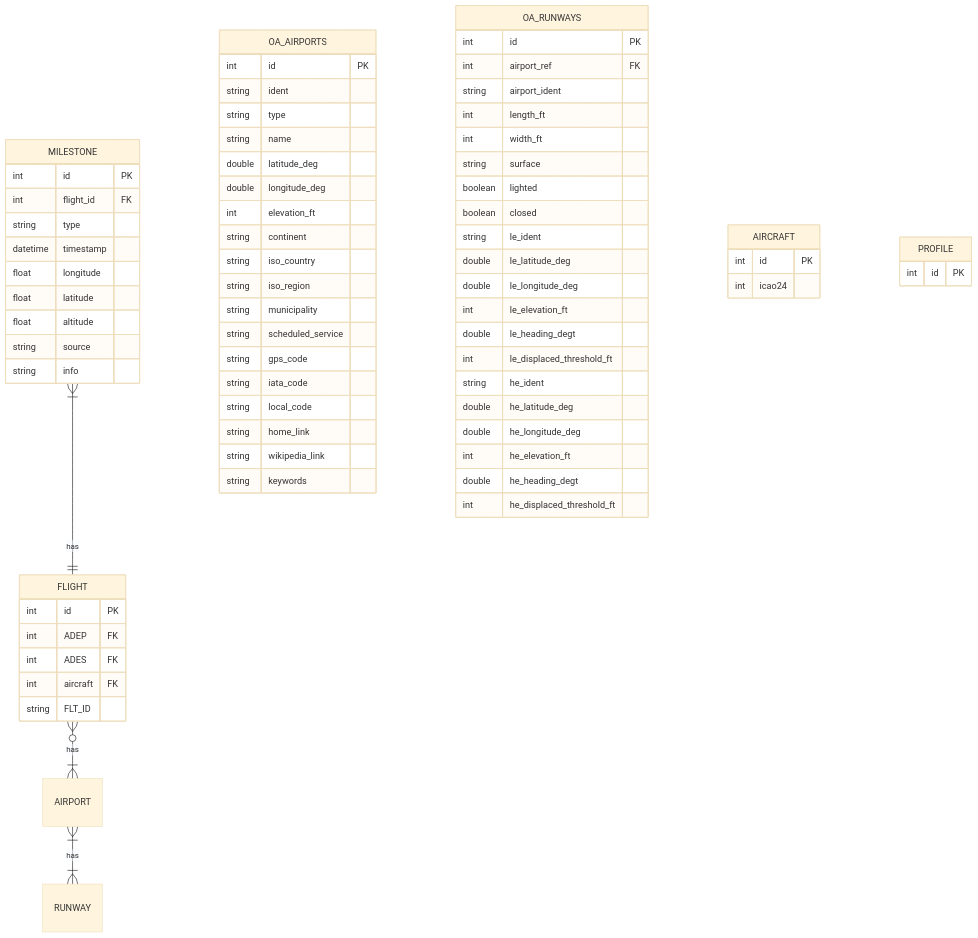
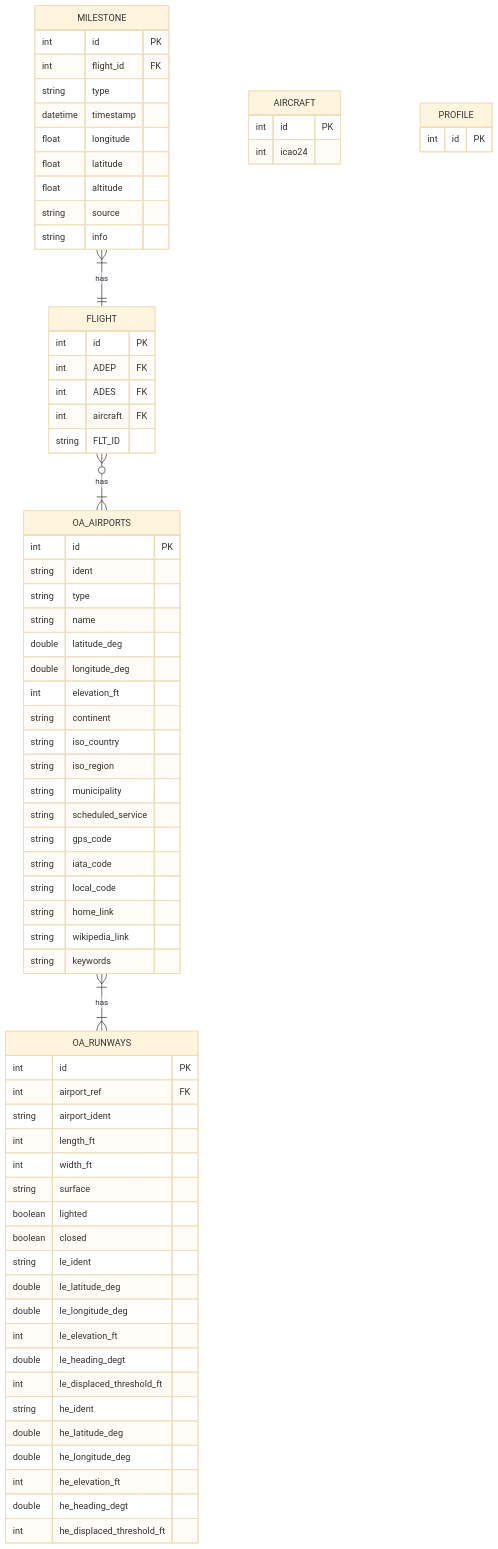
The diagram in index.qmd (euctrl-pru/flight-milestones-concepts), drawn with Mermaid (base theme) before and after one commit.

````diff
--- a/index.qmd
+++ b/index.qmd
@@ -134,78 +134,78 @@
 ```{mermaid}
 %%| label: fig-er-diagram
 %%| fig-cap: "Entity-Relationship diagram for Milestone and relevant concepts."
 
 erDiagram
     MILESTONE {
         int id PK
         int flight_id FK
         string type
         datetime timestamp
         float longitude
         float latitude
         float altitude
         string source
         string info
     }
     FLIGHT {
         int id PK
         int ADEP FK
         int ADES FK
         int aircraft FK
         string FLT_ID
     }
     OA_AIRPORTS {
         int id PK
         string ident
         string type
         string name
         double latitude_deg
         double longitude_deg
         int elevation_ft
         string continent
         string iso_country
         string iso_region
         string municipality
         string scheduled_service
         string gps_code
         string iata_code
         string local_code
         string home_link
         string wikipedia_link
         string keywords
     }
     OA_RUNWAYS {
         int id PK
         int airport_ref FK
         string airport_ident
         int length_ft
         int width_ft
         string surface
         boolean lighted
         boolean closed
         string le_ident
         double le_latitude_deg
         double le_longitude_deg
         int le_elevation_ft
         double le_heading_degt
         int le_displaced_threshold_ft
         string he_ident
         double he_latitude_deg
         double he_longitude_deg
         int he_elevation_ft
         double he_heading_degt
         int he_displaced_threshold_ft
     }
     AIRCRAFT {
         int id PK
         int icao24
     }
     PROFILE {
         int id PK
     }
     
     MILESTONE }|--|| FLIGHT : has
-    FLIGHT    }o--|{ AIRPORT : has
-    AIRPORT   }|--|{ RUNWAY : has
+    FLIGHT    }o--|{ OA_AIRPORTS : has
+    OA_AIRPORTS   }|--|{ OA_RUNWAYS : has
 
 ```
````
